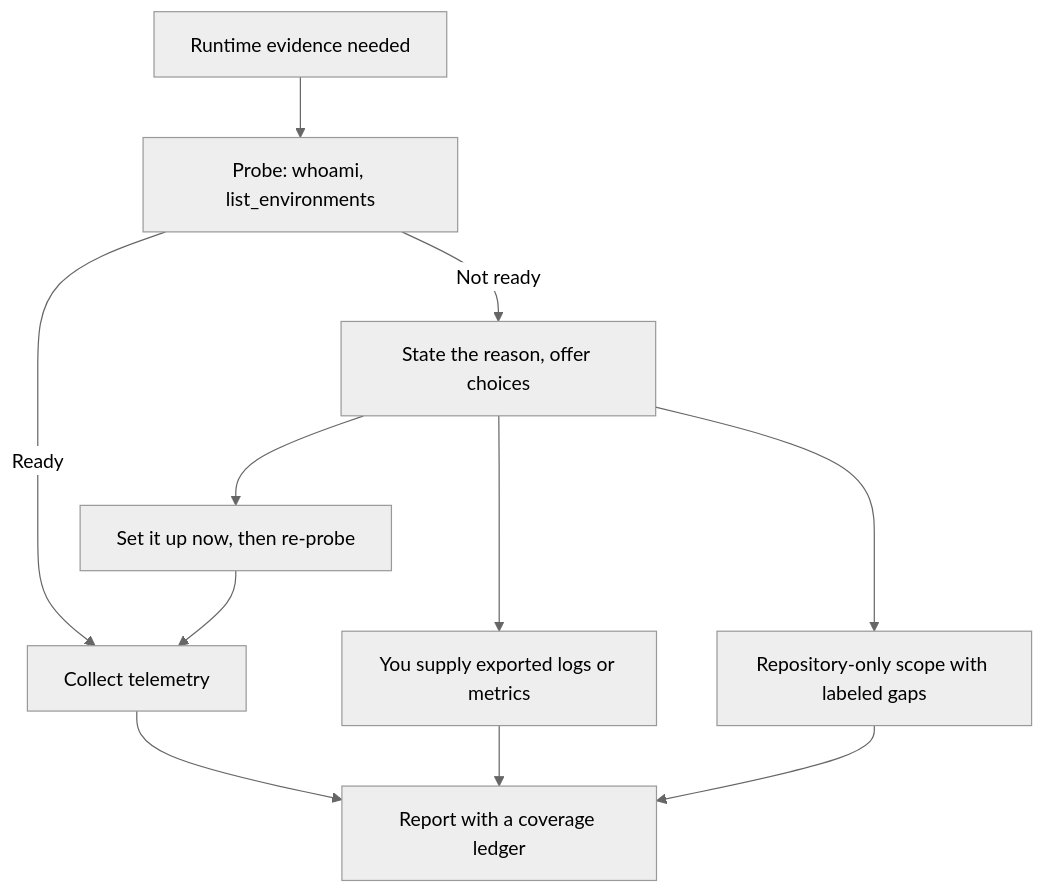
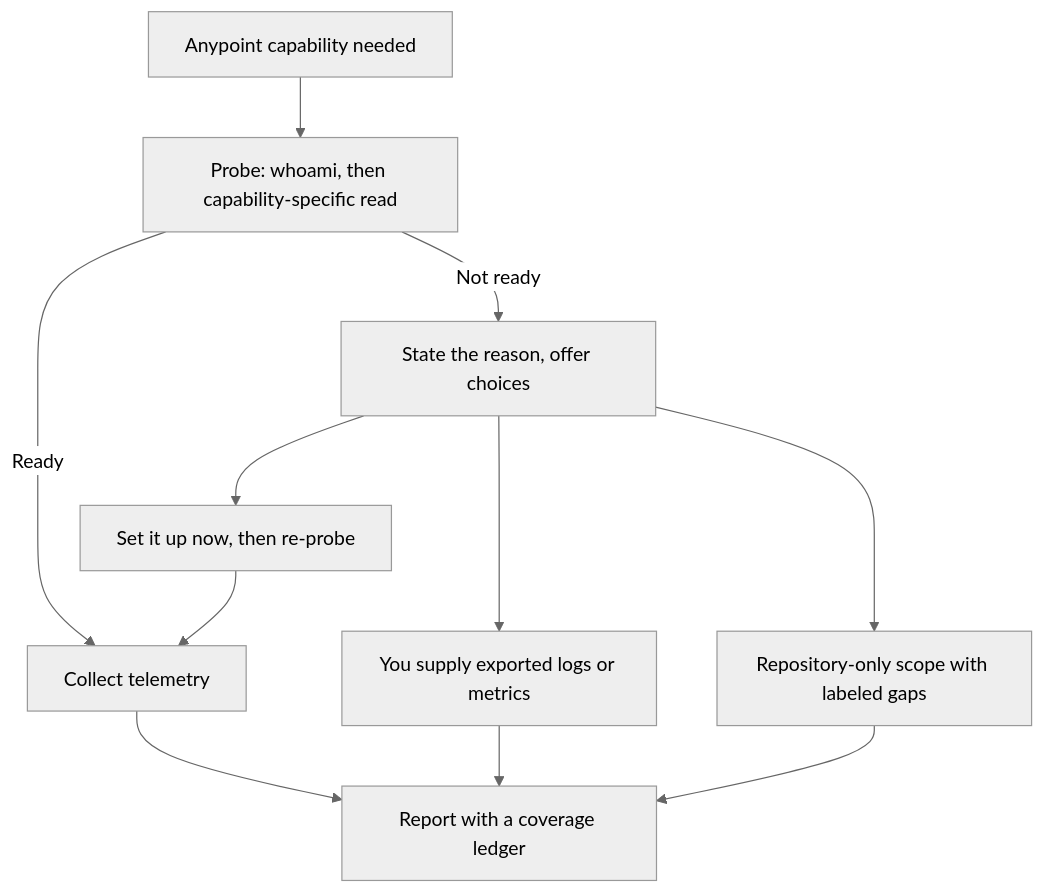
Before and after one commit to Avinava/mule-skills: the diagram in docs/anypoint-access.md, drawn with Mermaid (neutral theme). The commit also changed other lines of this file and 34 other files, not shown here.

````diff
--- a/docs/anypoint-access.md
+++ b/docs/anypoint-access.md
@@ -17,13 +16,13 @@
 ```mermaid
 flowchart TD
-    Start[Runtime evidence needed] --> Probe["Probe: whoami, list_environments"]
+    Start[Anypoint capability needed] --> Probe["Probe: whoami, then capability-specific read"]
     Probe -->|Ready| Collect[Collect telemetry]
     Probe -->|Not ready| Offer["State the reason, offer choices"]
     Offer --> SetUp[Set it up now, then re-probe]
     Offer --> Exports["You supply exported logs or metrics"]
     Offer --> RepoOnly[Repository-only scope with labeled gaps]
     SetUp --> Collect
     Collect --> Report[Report with a coverage ledger]
     Exports --> Report
     RepoOnly --> Report
 ```
````
